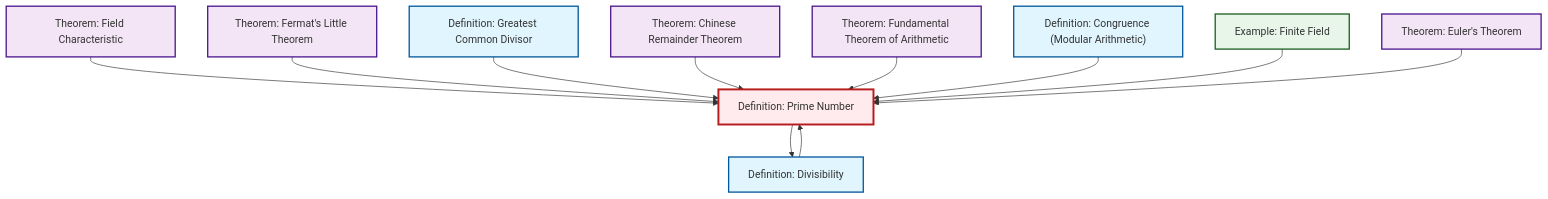
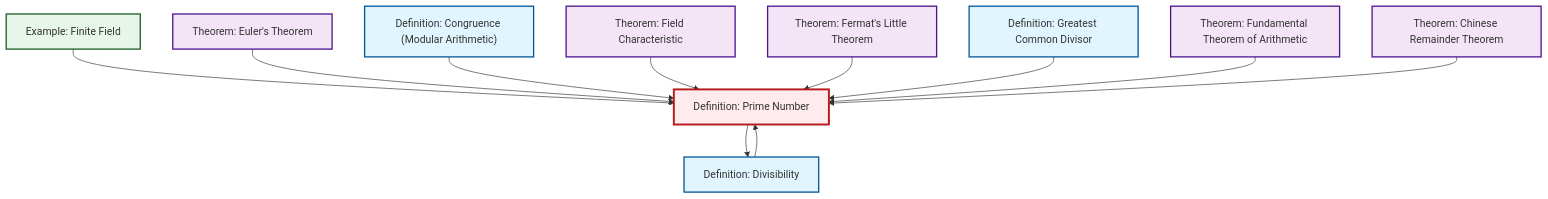
Before and after one commit to RK0429/ModernMath: the diagram in content/en/number-theory/def-prime.qmd, drawn with Mermaid. The commit also changed other lines of this file and 581 other files, not shown here.

````diff
--- a/content/en/number-theory/def-prime.qmd
+++ b/content/en/number-theory/def-prime.qmd
@@ -55,39 +55,39 @@
 ```{mermaid}
 %%| fig-cap: "Local dependency graph"
 graph TD
     classDef definition fill:#e1f5fe,stroke:#01579b,stroke-width:2px
     classDef theorem fill:#f3e5f5,stroke:#4a148c,stroke-width:2px
     classDef axiom fill:#fff3e0,stroke:#e65100,stroke-width:2px
     classDef example fill:#e8f5e9,stroke:#1b5e20,stroke-width:2px
     classDef current fill:#ffebee,stroke:#b71c1c,stroke-width:3px
+    thm-euler["Theorem: Euler's Theorem"]:::theorem
+    def-divisibility["Definition: Divisibility"]:::definition
+    ex-finite-field["Example: Finite Field"]:::example
+    thm-chinese-remainder["Theorem: Chinese Remainder Theorem"]:::theorem
     def-prime["Definition: Prime Number"]:::definition
-    thm-chinese-remainder["Theorem: Chinese Remainder Theorem"]:::theorem
-    def-divisibility["Definition: Divisibility"]:::definition
+    def-congruence["Definition: Congruence (Modular Arithmetic)"]:::definition
     thm-fundamental-arithmetic["Theorem: Fundamental Theorem of Arithmetic"]:::theorem
-    ex-finite-field["Example: Finite Field"]:::example
+    def-gcd["Definition: Greatest Common Divisor"]:::definition
     thm-field-characteristic["Theorem: Field Characteristic"]:::theorem
-    thm-euler["Theorem: Euler's Theorem"]:::theorem
     thm-fermat-little["Theorem: Fermat's Little Theorem"]:::theorem
-    def-congruence["Definition: Congruence (Modular Arithmetic)"]:::definition
-    def-gcd["Definition: Greatest Common Divisor"]:::definition
+    ex-finite-field --> def-prime
+    thm-euler --> def-prime
+    def-congruence --> def-prime
     thm-field-characteristic --> def-prime
+    def-divisibility --> def-prime
     thm-fermat-little --> def-prime
     def-gcd --> def-prime
+    thm-fundamental-arithmetic --> def-prime
+    thm-chinese-remainder --> def-prime
     def-prime --> def-divisibility
-    thm-chinese-remainder --> def-prime
-    thm-fundamental-arithmetic --> def-prime
-    def-divisibility --> def-prime
-    def-congruence --> def-prime
-    ex-finite-field --> def-prime
-    thm-euler --> def-prime
     class def-prime current
+    click thm-euler "thm-euler.html" "Go to Euler's Theorem theorem"
+    click def-divisibility "def-divisibility.html" "Go to Divisibility definition"
+    click ex-finite-field "ex-finite-field.html" "Go to Finite Field example"
     click thm-chinese-remainder "thm-chinese-remainder.html" "Go to Chinese Remainder Theorem theorem"
-    click def-divisibility "def-divisibility.html" "Go to Divisibility definition"
+    click def-congruence "def-congruence.html" "Go to Congruence (Modular Arithmetic) definition"
     click thm-fundamental-arithmetic "thm-fundamental-arithmetic.html" "Go to Fundamental Theorem of Arithmetic theorem"
-    click ex-finite-field "ex-finite-field.html" "Go to Finite Field example"
+    click def-gcd "def-gcd.html" "Go to Greatest Common Divisor definition"
     click thm-field-characteristic "thm-field-characteristic.html" "Go to Field Characteristic theorem"
-    click thm-euler "thm-euler.html" "Go to Euler's Theorem theorem"
     click thm-fermat-little "thm-fermat-little.html" "Go to Fermat's Little Theorem theorem"
-    click def-congruence "def-congruence.html" "Go to Congruence (Modular Arithmetic) definition"
-    click def-gcd "def-gcd.html" "Go to Greatest Common Divisor definition"
 ```
````
